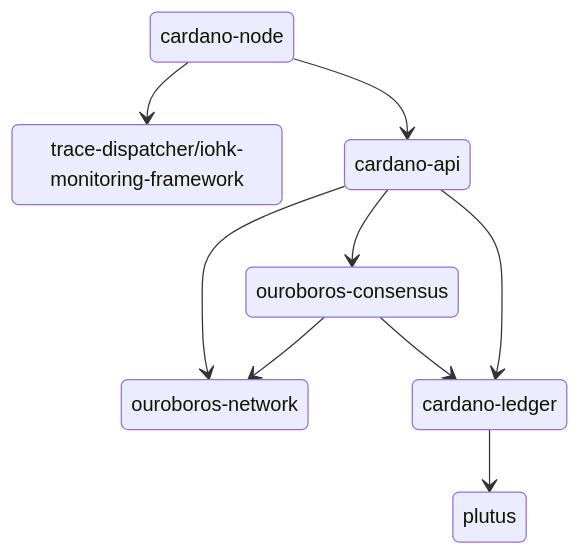
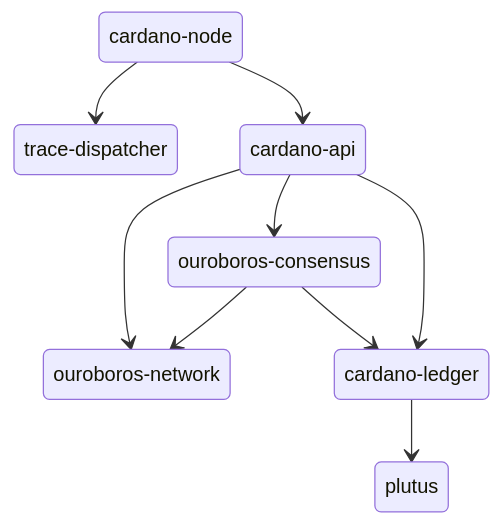
One commit to IntersectMBO/cardano-node changed the diagram in README.md. Above: the diagram before and after it, drawn with Mermaid. The commit also changed 52 other files, not shown here.

Commit message:
Remove iohk-monitoring-framework from project

````diff
--- a/README.md
+++ b/README.md
@@ -23,18 +23,18 @@
 ```mermaid
 stateDiagram-v2
     cn: cardano-node
-    tr: trace-dispatcher/iohk-monitoring-framework
+    tr: trace-dispatcher
     ca: cardano-api
     co: ouroboros-consensus
     on: ouroboros-network
     cl: cardano-ledger
     p: plutus
     cn --> ca
     cn --> tr
     ca --> co
     ca --> on
     co --> on
     co --> cl
     ca --> cl
     cl --> p
 ```
````
